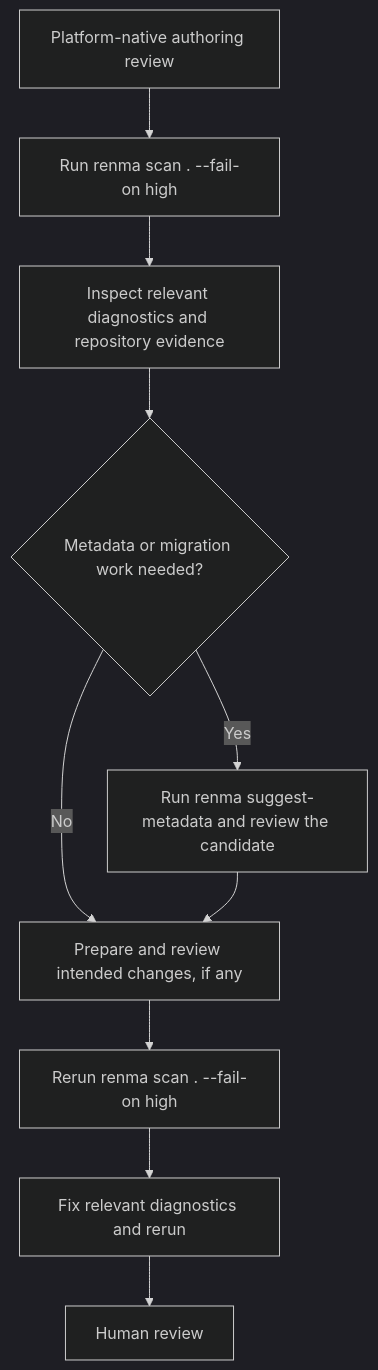
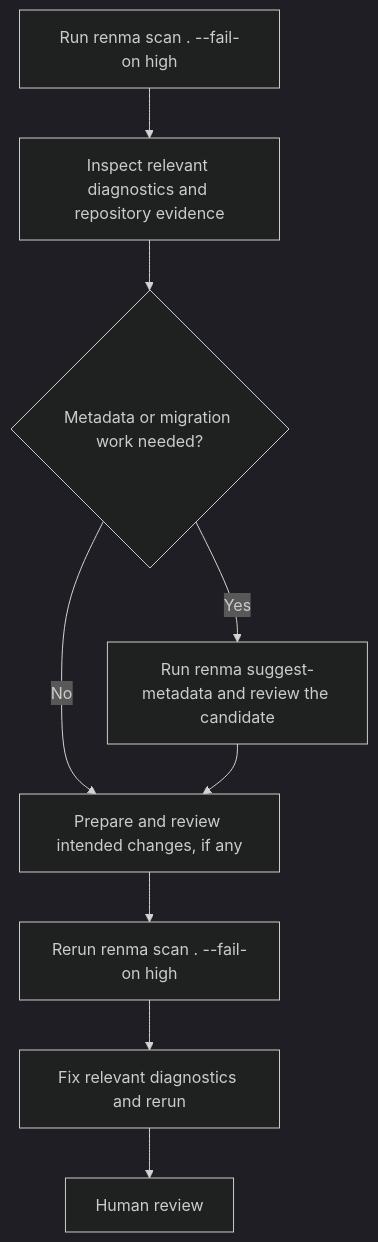
One commit to KazuCocoa/renma changed the second of 2 diagrams in docs/user-manual.md. Above: the diagram before and after it, drawn with Mermaid (dark theme). The commit also changed other lines of this file and 23 other files, not shown here.

````diff
--- a/docs/user-manual.md
+++ b/docs/user-manual.md
@@ -312,12 +342,12 @@
 ```mermaid
 flowchart TD
-  Authoring["Platform-native authoring review"] --> Scan["Run renma scan . --fail-on high"]
+  Scan["Run renma scan . --fail-on high"]
   Scan --> Evidence["Inspect relevant diagnostics and repository evidence"]
   Evidence --> NeedMetadata{"Metadata or migration work needed?"}
   NeedMetadata -- Yes --> Suggest["Run renma suggest-metadata and review the candidate"]
   NeedMetadata -- No --> Prepare["Prepare and review intended changes, if any"]
   Suggest --> Prepare
   Prepare --> Validate["Rerun renma scan . --fail-on high"]
   Validate --> Fix["Fix relevant diagnostics and rerun"]
   Fix --> Review["Human review"]
 ```
````
